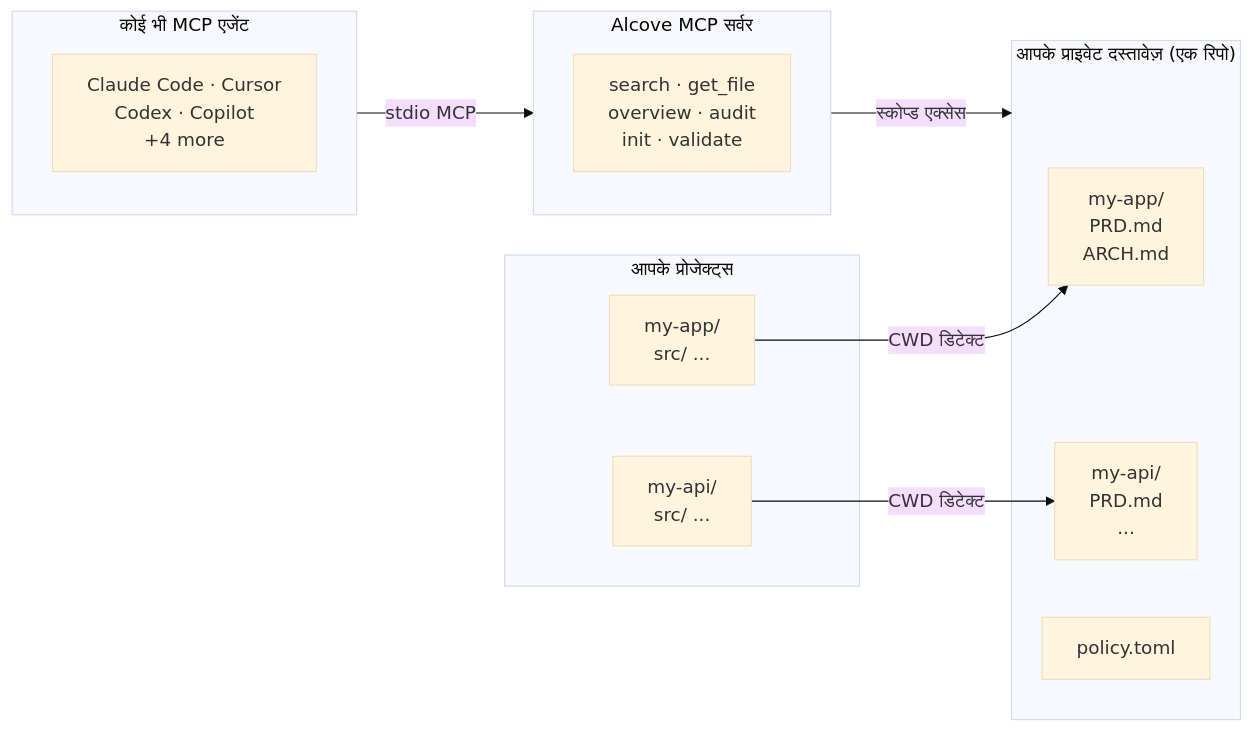
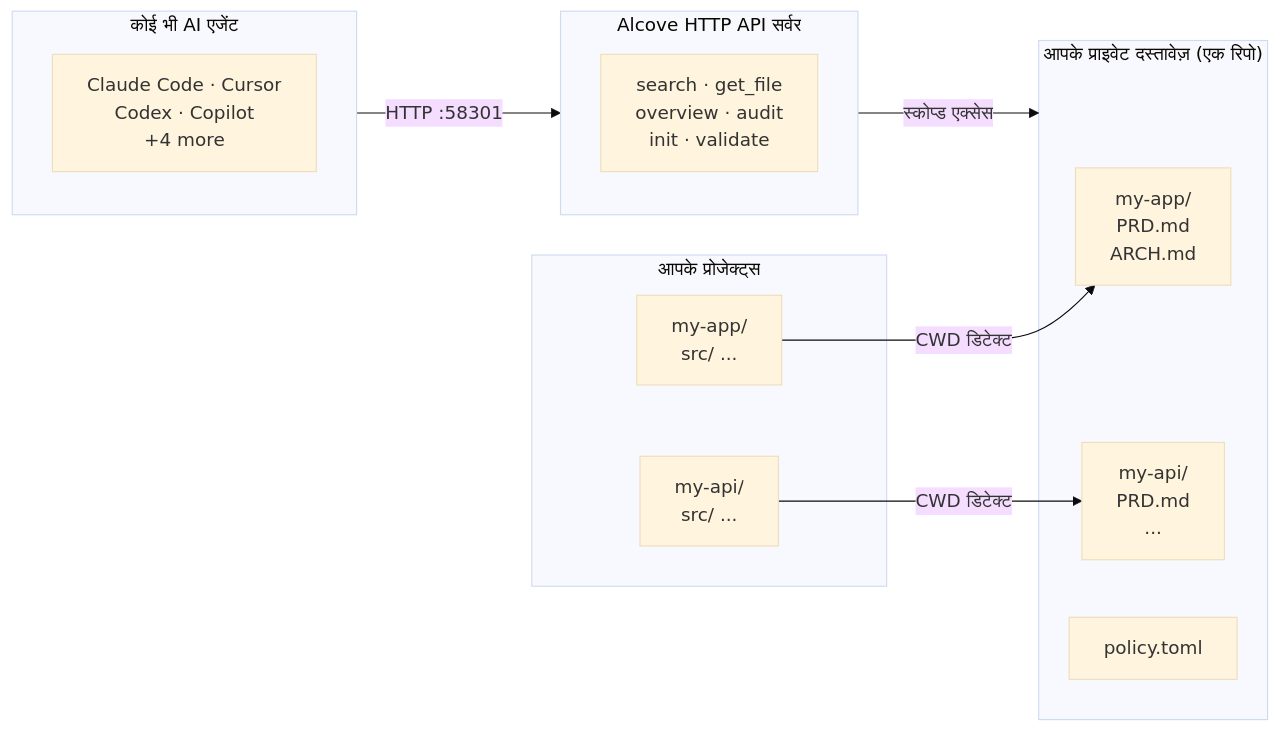
One commit to epicsagas/alcove changed the diagram in docs/README.hi.md. Above: the diagram before and after it, drawn with Mermaid (base theme). The commit also changed other lines of this file and 9 other files, not shown here.

````diff
--- a/docs/README.hi.md
+++ b/docs/README.hi.md
@@ -280,26 +297,26 @@
 ```mermaid
 flowchart LR
     subgraph Projects["आपके प्रोजेक्ट्स"]
         A1["my-app/\n  src/ ..."]
         A2["my-api/\n  src/ ..."]
     end
 
     subgraph Docs["आपके प्राइवेट दस्तावेज़ (एक रिपो)"]
         D1["my-app/\n  PRD.md\n  ARCH.md"]
         D2["my-api/\n  PRD.md\n  ..."]
         P1["policy.toml"]
     end
 
-    subgraph Agents["कोई भी MCP एजेंट"]
+    subgraph Agents["कोई भी AI एजेंट"]
         AG["Claude Code · Cursor\nCodex · Copilot\n+4 more"]
     end
 
-    subgraph MCP["Alcove MCP सर्वर"]
+    subgraph API["Alcove HTTP API सर्वर"]
         T["search · get_file\noverview · audit\ninit · validate"]
     end
 
     A1 -- "CWD डिटेक्ट" --> D1
     A2 -- "CWD डिटेक्ट" --> D2
-    Agents -- "stdio MCP" --> MCP
-    MCP -- "स्कोप्ड एक्सेस" --> Docs
+    Agents -- "HTTP :58301" --> API
+    API -- "स्कोप्ड एक्सेस" --> Docs
 ```
````
